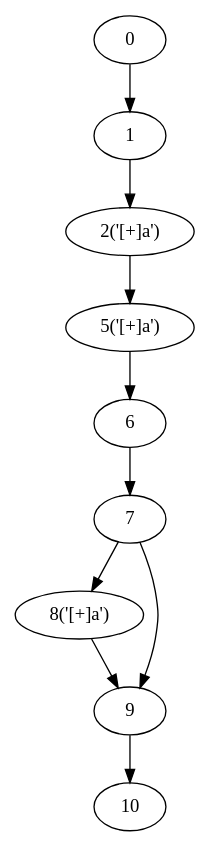
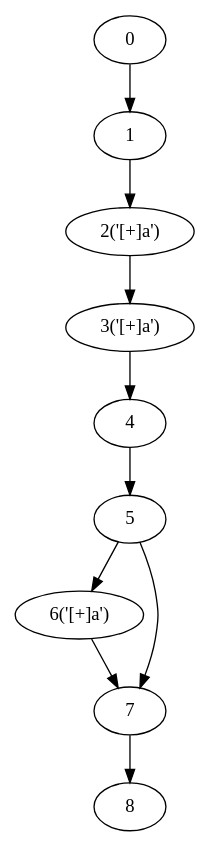
One commit to yyl-20020115/NRegEx changed the diagram in NRegex.Test/Graphs/TestMethod15.dot. Above: the diagram before and after it, drawn with Graphviz. The commit also changed 28 other files, not shown here.

```diff
--- a/NRegex.Test/Graphs/TestMethod15.dot
+++ b/NRegex.Test/Graphs/TestMethod15.dot
@@ -1,20 +1,20 @@
 digraph g {
 	0 ;
 	1 ;
 	2 [label="2('[+]a')"];
-	5 [label="5('[+]a')"];
-	6 ;
+	3 [label="3('[+]a')"];
+	4 ;
+	5 ;
+	6 [label="6('[+]a')"];
 	7 ;
-	8 [label="8('[+]a')"];
-	9 ;
-	10 ;
+	8 ;
 	0->1;
 	1->2;
-	2->5;
+	2->3;
+	3->4;
+	4->5;
 	5->6;
+	5->7;
 	6->7;
 	7->8;
-	7->9;
-	8->9;
-	9->10;
 }
```
